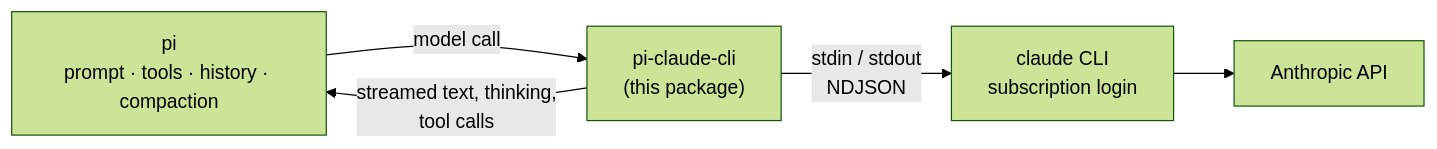
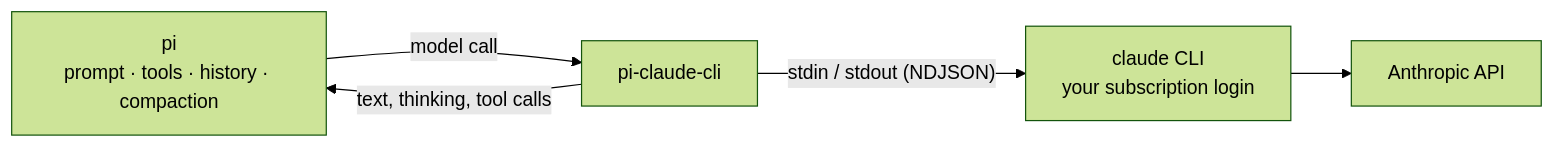
Before and after one commit to dmmulroy/pi-claude-cli: the first of 3 diagrams in README.md, drawn with Mermaid (forest theme). The commit also changed other lines of this file, not shown here.

Commit message:
docs: rewrite the README around call trees, pseudocode and diagrams

````diff
--- a/README.md
+++ b/README.md
@@ -5,11 +5,11 @@
 ```mermaid
 flowchart LR
     pi["pi<br/>prompt · tools · history · compaction"]
-    provider["pi-claude-cli<br/>(this package)"]
-    cli["claude CLI<br/>subscription login"]
+    provider["pi-claude-cli"]
+    cli["claude CLI<br/>your subscription login"]
     api["Anthropic API"]
     pi -- "model call" --> provider
-    provider -- "stdin / stdout<br/>NDJSON" --> cli
+    provider -- "stdin / stdout (NDJSON)" --> cli
     cli --> api
-    provider -- "streamed text, thinking,<br/>tool calls" --> pi
+    provider -- "text, thinking, tool calls" --> pi
 ```
````
